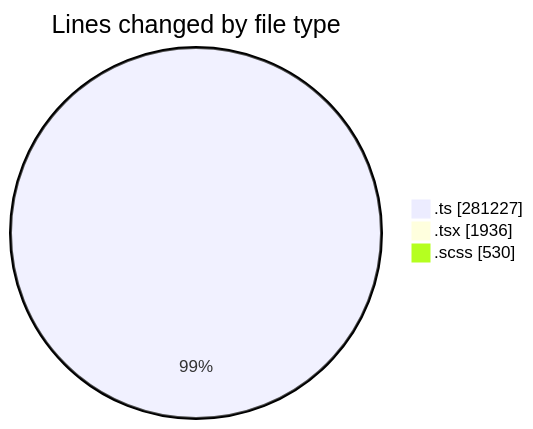
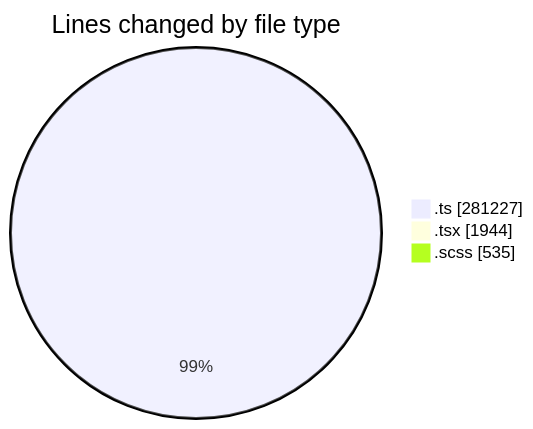
The first of 2 diagrams in 2025-08-22/cda/README.md (momahboobian/code-tracking), drawn with Mermaid before and after one commit. The commit also changed other lines of this file and 1 other file, not shown here.

````diff
--- a/2025-08-22/cda/README.md
+++ b/2025-08-22/cda/README.md
@@ -41,7 +41,7 @@
 ```mermaid
 pie showData
 title Lines changed by file type
 ".ts" : 281227
-".tsx" : 1936
-".scss" : 530
+".tsx" : 1944
+".scss" : 535
 ```
````
